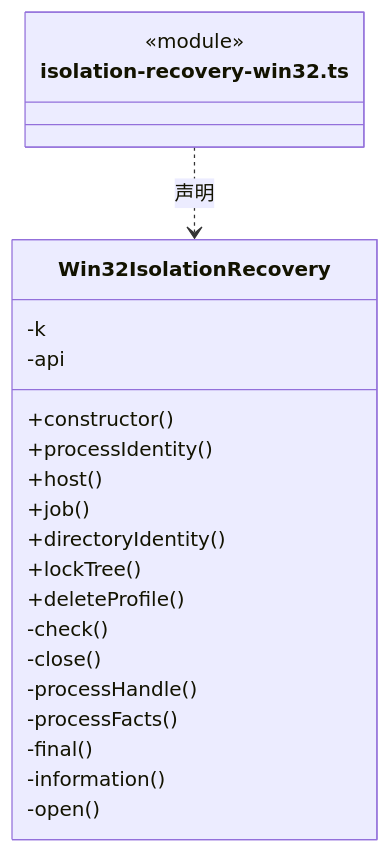
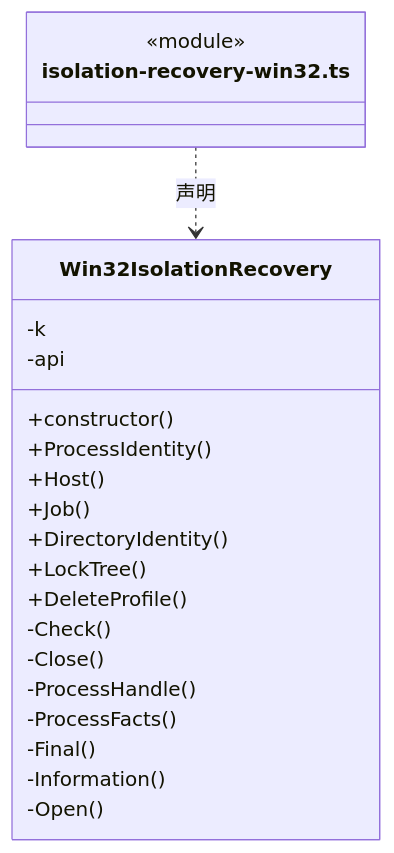
One commit to nan023062/cbim changed diagram 12 of 15 in src/logic/file-operations/platform/isolation/ARCHITECTURE.md. Above: the diagram before and after it, drawn with Mermaid. The commit also changed other lines of this file and 1035 other files, not shown here.

````diff
--- a/src/logic/file-operations/platform/isolation/ARCHITECTURE.md
+++ b/src/logic/file-operations/platform/isolation/ARCHITECTURE.md
@@ -275,25 +275,25 @@
 ```mermaid
 classDiagram
 class N_src_logic_file_operations_platform_isolation_isolation_recovery_win32_ts["isolation-recovery-win32.ts"] {
   <<module>>
 }
 class N_src_logic_file_operations_platform_isolation_isolation_recovery_win32_ts_Win32IsolationRecovery["Win32IsolationRecovery"] {
   +constructor()
-  +processIdentity()
-  +host()
-  +job()
-  +directoryIdentity()
-  +lockTree()
-  +deleteProfile()
+  +ProcessIdentity()
+  +Host()
+  +Job()
+  +DirectoryIdentity()
+  +LockTree()
+  +DeleteProfile()
   -k
   -api
-  -check()
-  -close()
-  -processHandle()
-  -processFacts()
-  -final()
-  -information()
-  -open()
+  -Check()
+  -Close()
+  -ProcessHandle()
+  -ProcessFacts()
+  -Final()
+  -Information()
+  -Open()
 }
 N_src_logic_file_operations_platform_isolation_isolation_recovery_win32_ts ..> N_src_logic_file_operations_platform_isolation_isolation_recovery_win32_ts_Win32IsolationRecovery : 声明
 ```
````
